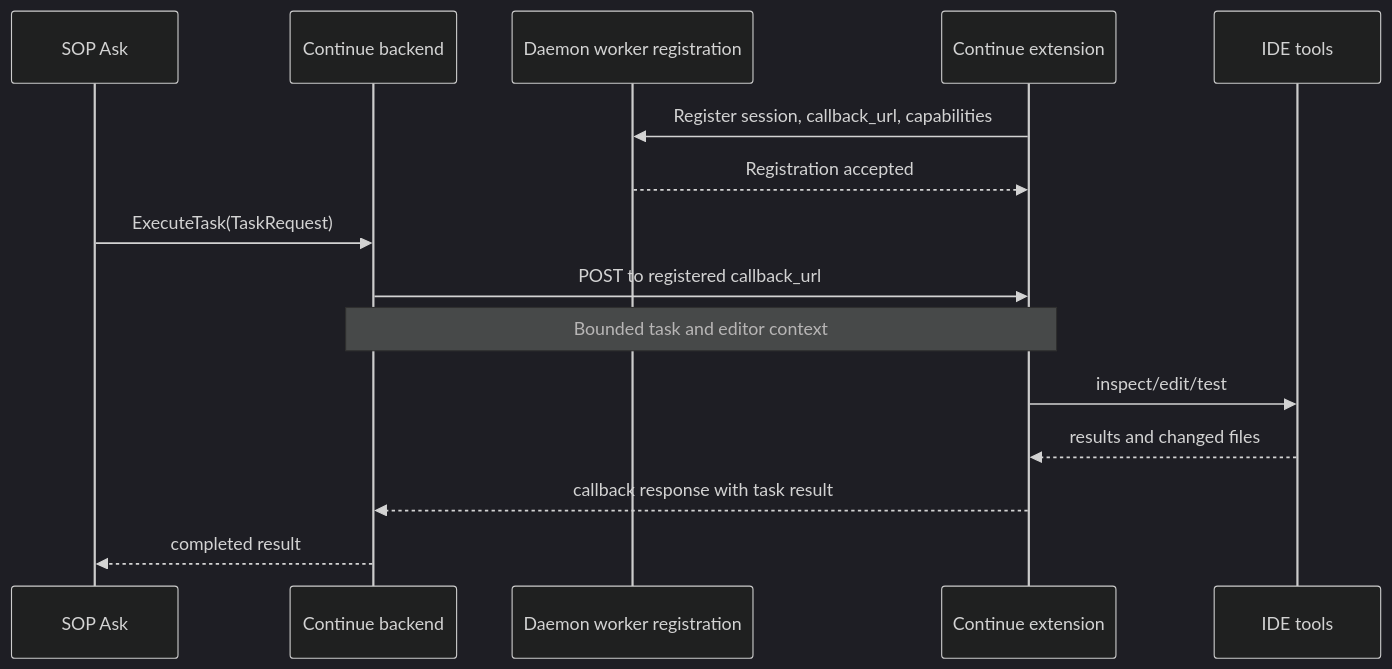
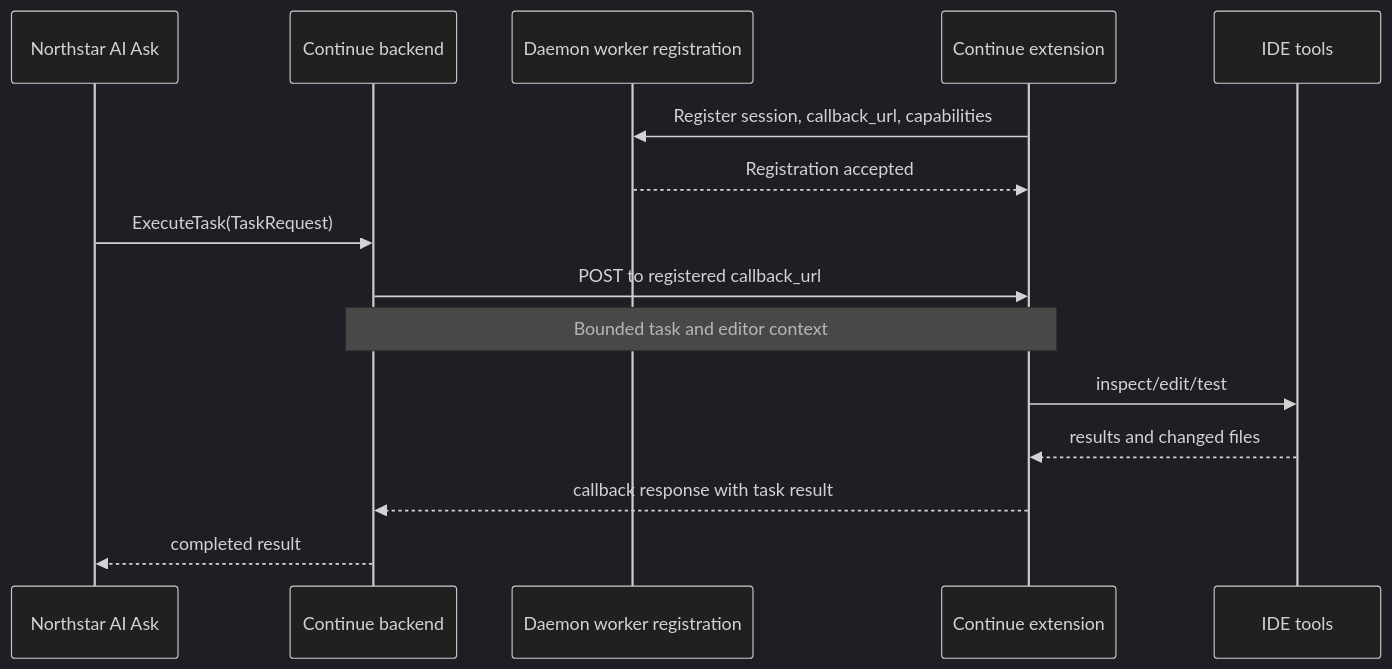
One commit to grecinto/sop changed the fourth of 4 diagrams in src/docs-site/docs/sdk/coding-agent-integrations.md. Above: the diagram before and after it, drawn with Mermaid (dark theme). The commit also changed other lines of this file and 50 other files, not shown here.

````diff
--- a/src/docs-site/docs/sdk/coding-agent-integrations.md
+++ b/src/docs-site/docs/sdk/coding-agent-integrations.md
@@ -106,17 +110,17 @@
 ```mermaid
 sequenceDiagram
-  participant Ask as SOP Ask
+  participant Ask as Northstar AI Ask
   participant Backend as Continue backend
   participant Registry as Daemon worker registration
   participant IDE as Continue extension
   participant Tools as IDE tools
   IDE->>Registry: Register session, callback_url, capabilities
   Registry-->>IDE: Registration accepted
   Ask->>Backend: ExecuteTask(TaskRequest)
   Backend->>IDE: POST to registered callback_url
   Note over Backend,IDE: Bounded task and editor context
   IDE->>Tools: inspect/edit/test
   Tools-->>IDE: results and changed files
   IDE-->>Backend: callback response with task result
   Backend-->>Ask: completed result
 ```
````
